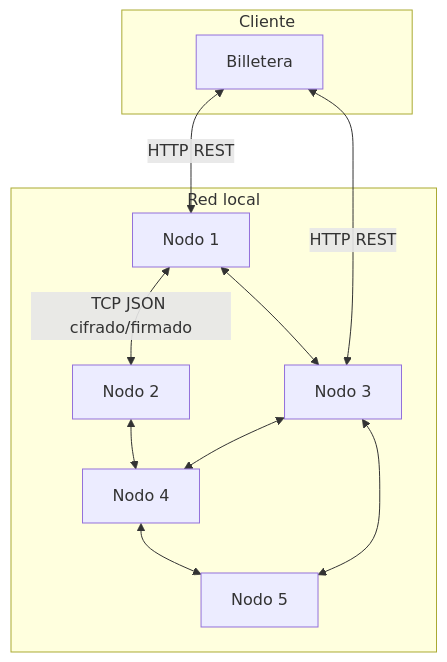
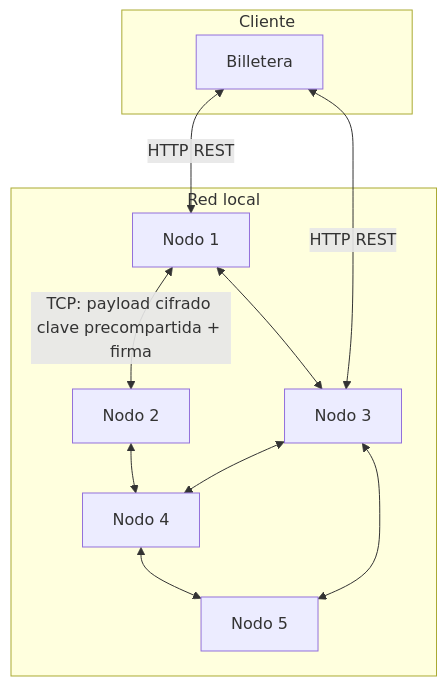
The diagram in diagramas/arquitectura/arquitectura.mmd (Ignacio687/final_computacion_II), drawn with Mermaid before and after one commit. The commit also changed 61 other files, not shown here.

```diff
--- a/diagramas/arquitectura/arquitectura.mmd
+++ b/diagramas/arquitectura/arquitectura.mmd
@@ -1,19 +1,19 @@
 flowchart TB
   subgraph red["Red local"]
     N1[Nodo 1]
     N2[Nodo 2]
     N3[Nodo 3]
     N4[Nodo 4]
     N5[Nodo 5]
-    N1 <-->|TCP JSON cifrado/firmado| N2
+    N1 <-->|TCP: payload cifrado clave precompartida + firma| N2
     N1 <--> N3
     N2 <--> N4
     N3 <--> N4
     N3 <--> N5
     N4 <--> N5
   end
   subgraph cliente["Cliente"]
     B[Billetera]
   end
   B <-->|HTTP REST| N1
   B <-->|HTTP REST| N3
```
